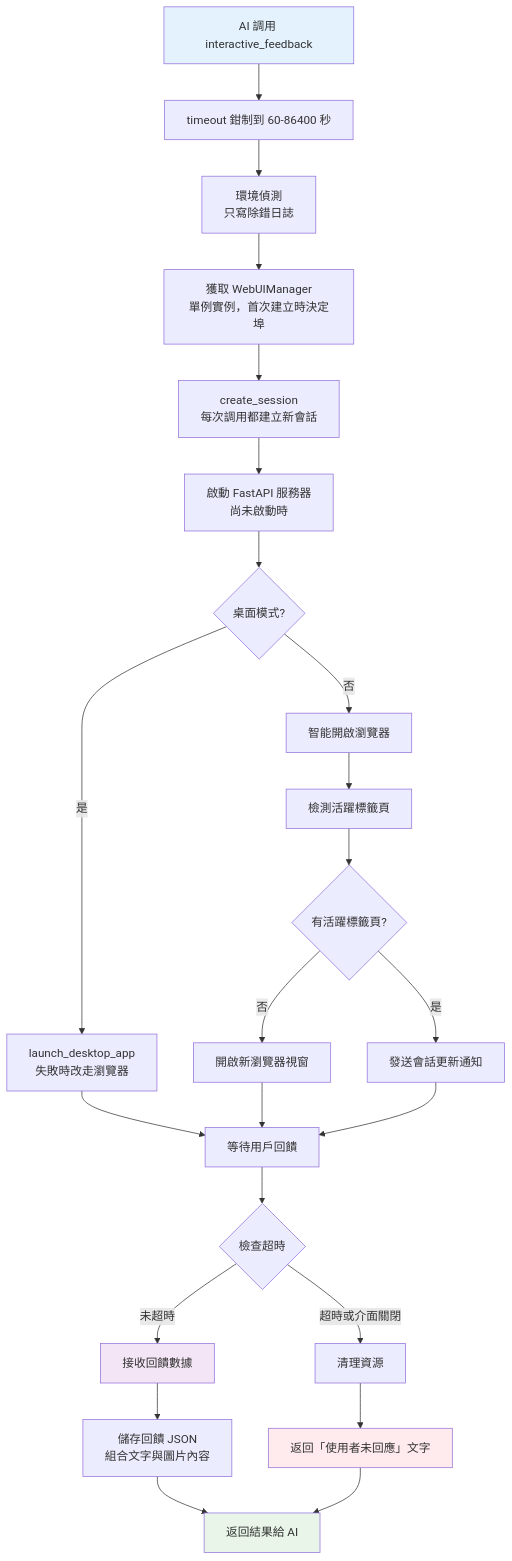
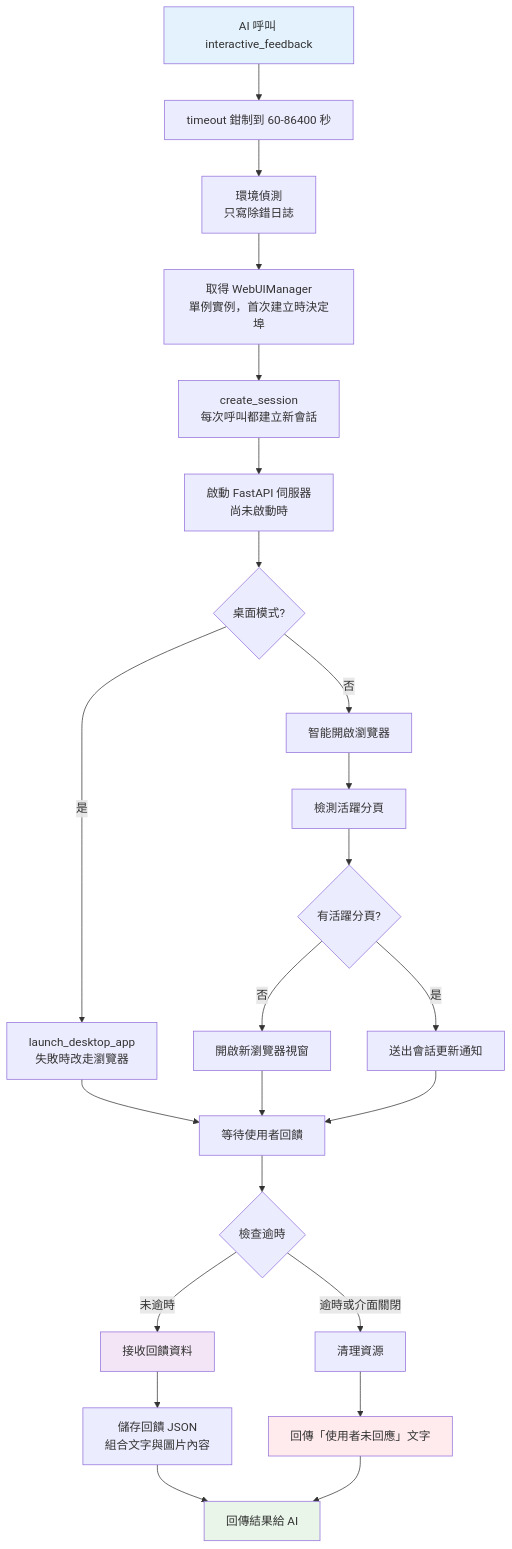
One commit to CloudEngineHub/mcp-feedback-enhanced changed the second of 12 diagrams in docs/architecture/interaction-flows.md. Above: the diagram before and after it, drawn with Mermaid. The commit also changed other lines of this file, not shown here.

````diff
--- a/docs/architecture/interaction-flows.md
+++ b/docs/architecture/interaction-flows.md
@@ -111,37 +111,37 @@
 ```mermaid
 flowchart TD
-    START[AI 調用 interactive_feedback] --> VALIDATE[timeout 鉗制到 60-86400 秒]
+    START[AI 呼叫 interactive_feedback] --> VALIDATE[timeout 鉗制到 60-86400 秒]
     VALIDATE --> ENV[環境偵測<br/>只寫除錯日誌]
-    ENV --> MANAGER[獲取 WebUIManager<br/>單例實例，首次建立時決定埠]
-    MANAGER --> CREATE[create_session<br/>每次調用都建立新會話]
+    ENV --> MANAGER[取得 WebUIManager<br/>單例實例，首次建立時決定埠]
+    MANAGER --> CREATE[create_session<br/>每次呼叫都建立新會話]
 
-    CREATE --> SERVER[啟動 FastAPI 服務器<br/>尚未啟動時]
+    CREATE --> SERVER[啟動 FastAPI 伺服器<br/>尚未啟動時]
     SERVER --> MODE{桌面模式?}
     MODE -->|是| DESKTOP[launch_desktop_app<br/>失敗時改走瀏覽器]
     MODE -->|否| BROWSER[智能開啟瀏覽器]
 
-    BROWSER --> DETECT[檢測活躍標籤頁]
-    DETECT --> OPEN_DECISION{有活躍標籤頁?}
+    BROWSER --> DETECT[檢測活躍分頁]
+    DETECT --> OPEN_DECISION{有活躍分頁?}
 
     OPEN_DECISION -->|否| OPEN[開啟新瀏覽器視窗]
-    OPEN_DECISION -->|是| NOTIFY[發送會話更新通知]
+    OPEN_DECISION -->|是| NOTIFY[送出會話更新通知]
 
-    DESKTOP --> WAIT[等待用戶回饋]
+    DESKTOP --> WAIT[等待使用者回饋]
     OPEN --> WAIT
     NOTIFY --> WAIT
 
-    WAIT --> TIMEOUT{檢查超時}
-    TIMEOUT -->|未超時| FEEDBACK[接收回饋數據]
-    TIMEOUT -->|超時或介面關閉| CLEANUP[清理資源]
+    WAIT --> TIMEOUT{檢查逾時}
+    TIMEOUT -->|未逾時| FEEDBACK[接收回饋資料]
+    TIMEOUT -->|逾時或介面關閉| CLEANUP[清理資源]
 
     FEEDBACK --> PROCESS[儲存回饋 JSON<br/>組合文字與圖片內容]
-    PROCESS --> RETURN[返回結果給 AI]
+    PROCESS --> RETURN[回傳結果給 AI]
 
-    CLEANUP --> ERROR[返回「使用者未回應」文字]
+    CLEANUP --> ERROR[回傳「使用者未回應」文字]
     ERROR --> RETURN
 
     style START fill:#e3f2fd
     style RETURN fill:#e8f5e8
     style ERROR fill:#ffebee
     style FEEDBACK fill:#f3e5f5
 ```
````
